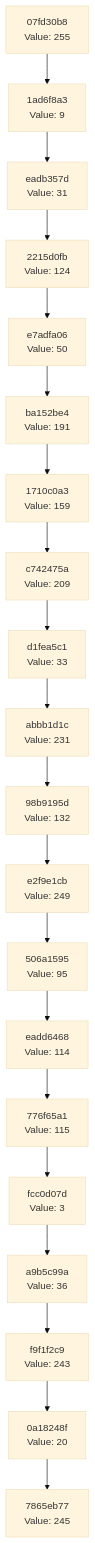
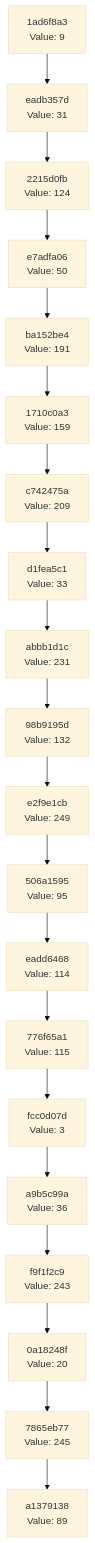
The diagram in docs/CHAIN_VISUALIZATION.md (Abhisheksinha1506/hash-chain-evolver), drawn with Mermaid (base theme) before and after one commit. The commit also changed 2 other files, not shown here.

Commit message:
Evolution step: hash 0x59 → action executed

````diff
--- a/docs/CHAIN_VISUALIZATION.md
+++ b/docs/CHAIN_VISUALIZATION.md
@@ -3,42 +3,42 @@
 ```mermaid
 graph TD
-    C0["7865eb77<br/>Value: 245"]
-    C1["0a18248f<br/>Value: 20"]
+    C0["a1379138<br/>Value: 89"]
+    C1["7865eb77<br/>Value: 245"]
     C1 --> C0
-    C2["f9f1f2c9<br/>Value: 243"]
+    C2["0a18248f<br/>Value: 20"]
     C2 --> C1
-    C3["a9b5c99a<br/>Value: 36"]
+    C3["f9f1f2c9<br/>Value: 243"]
     C3 --> C2
-    C4["fcc0d07d<br/>Value: 3"]
+    C4["a9b5c99a<br/>Value: 36"]
     C4 --> C3
-    C5["776f65a1<br/>Value: 115"]
+    C5["fcc0d07d<br/>Value: 3"]
     C5 --> C4
-    C6["eadd6468<br/>Value: 114"]
+    C6["776f65a1<br/>Value: 115"]
     C6 --> C5
-    C7["506a1595<br/>Value: 95"]
+    C7["eadd6468<br/>Value: 114"]
     C7 --> C6
-    C8["e2f9e1cb<br/>Value: 249"]
+    C8["506a1595<br/>Value: 95"]
     C8 --> C7
-    C9["98b9195d<br/>Value: 132"]
+    C9["e2f9e1cb<br/>Value: 249"]
     C9 --> C8
-    C10["abbb1d1c<br/>Value: 231"]
+    C10["98b9195d<br/>Value: 132"]
     C10 --> C9
-    C11["d1fea5c1<br/>Value: 33"]
+    C11["abbb1d1c<br/>Value: 231"]
     C11 --> C10
-    C12["c742475a<br/>Value: 209"]
+    C12["d1fea5c1<br/>Value: 33"]
     C12 --> C11
-    C13["1710c0a3<br/>Value: 159"]
+    C13["c742475a<br/>Value: 209"]
     C13 --> C12
-    C14["ba152be4<br/>Value: 191"]
+    C14["1710c0a3<br/>Value: 159"]
     C14 --> C13
-    C15["e7adfa06<br/>Value: 50"]
+    C15["ba152be4<br/>Value: 191"]
     C15 --> C14
-    C16["2215d0fb<br/>Value: 124"]
+    C16["e7adfa06<br/>Value: 50"]
     C16 --> C15
-    C17["eadb357d<br/>Value: 31"]
+    C17["2215d0fb<br/>Value: 124"]
     C17 --> C16
-    C18["1ad6f8a3<br/>Value: 9"]
+    C18["eadb357d<br/>Value: 31"]
     C18 --> C17
-    C19["07fd30b8<br/>Value: 255"]
+    C19["1ad6f8a3<br/>Value: 9"]
     C19 --> C18
 ```
````
